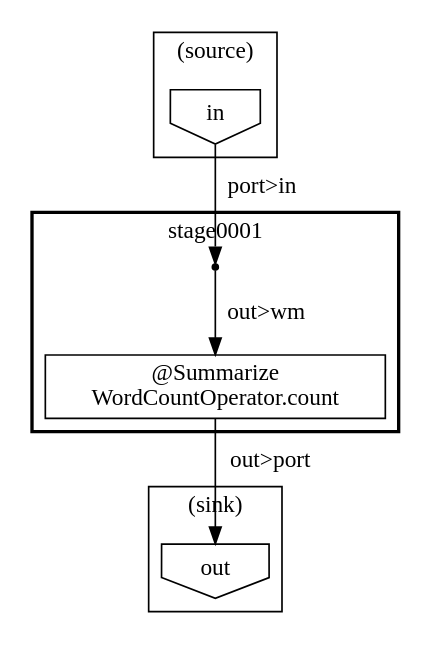
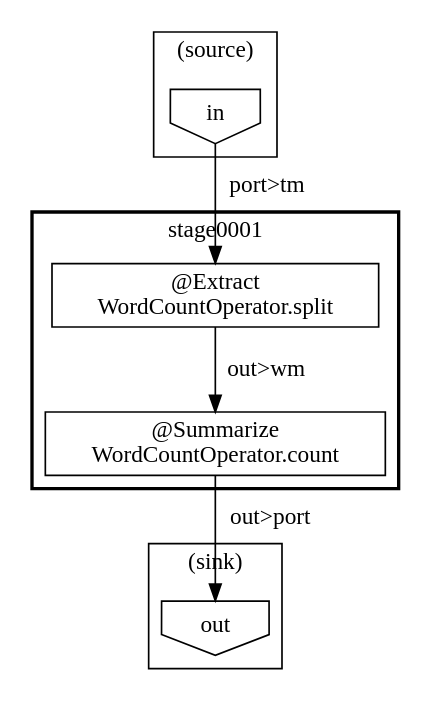
One commit to hishidama/Hadoop-example1-WordCount changed the diagram in afw-wordcount/target/testdriver/batchcwork/bin/META-INF/visualize/stagegraph.dot. Above: the diagram before and after it, drawn with Graphviz. The commit also changed 83 other files, not shown here.

```diff
--- a/afw-wordcount/target/testdriver/batchcwork/bin/META-INF/visualize/stagegraph.dot
+++ b/afw-wordcount/target/testdriver/batchcwork/bin/META-INF/visualize/stagegraph.dot
@@ -1,19 +1,19 @@
 digraph {
-    subgraph "cluster_2b1f9679-8558-4ae5-9e0a-0da1ff205e1a" {
+    subgraph "cluster_5490c0a5-317f-4d43-91a0-799108509741" {
         label = "(source)";
-        "ae64ab43-badc-4bfb-8dc4-4696ac2dece3" [shape=invhouse, label="in"];
+        "d20cfdac-7a68-47d4-a4a0-1ebe02b500bf" [shape=invhouse, label="in"];
     }
-    subgraph "cluster_78c66e94-b142-40ed-8ad9-e3db06ebb987" {
+    subgraph "cluster_8db83943-c4c8-4fec-a54a-a5c6f343ae59" {
         label = "stage0001";
         style = bold;
-        "ca769901-8077-4c55-b0fe-3d1bca1c2348" [shape=point];
-        "92b77060-fa28-42c3-be7f-a9ff6b083e46" [shape=box, label="@Summarize\nWordCountOperator.count"];
+        "b0f257cf-3d68-452b-8a4e-d5fcd2a8ac3e" [shape=box, label="@Extract\nWordCountOperator.split"];
+        "839a8dc8-90e7-423f-8e4e-5ae5547c641b" [shape=box, label="@Summarize\nWordCountOperator.count"];
     }
-    subgraph "cluster_1cddfecd-bd42-4e31-ba24-fffb98a98398" {
+    subgraph "cluster_2c3cba77-8ebc-456d-baf1-a77127c146e3" {
         label = "(sink)";
-        "99fd4cd5-3498-4a05-b8e4-09bf8b5815fa" [shape=invhouse, label="out"];
+        "b827d51a-3488-446a-85fc-7f698648f75f" [shape=invhouse, label="out"];
     }
-    "ae64ab43-badc-4bfb-8dc4-4696ac2dece3" -> "ca769901-8077-4c55-b0fe-3d1bca1c2348" [label="port>in"];
-    "ca769901-8077-4c55-b0fe-3d1bca1c2348" -> "92b77060-fa28-42c3-be7f-a9ff6b083e46" [label="out>wm"];
-    "92b77060-fa28-42c3-be7f-a9ff6b083e46" -> "99fd4cd5-3498-4a05-b8e4-09bf8b5815fa" [label="out>port"];
+    "d20cfdac-7a68-47d4-a4a0-1ebe02b500bf" -> "b0f257cf-3d68-452b-8a4e-d5fcd2a8ac3e" [label="port>tm"];
+    "b0f257cf-3d68-452b-8a4e-d5fcd2a8ac3e" -> "839a8dc8-90e7-423f-8e4e-5ae5547c641b" [label="out>wm"];
+    "839a8dc8-90e7-423f-8e4e-5ae5547c641b" -> "b827d51a-3488-446a-85fc-7f698648f75f" [label="out>port"];
 }
```
